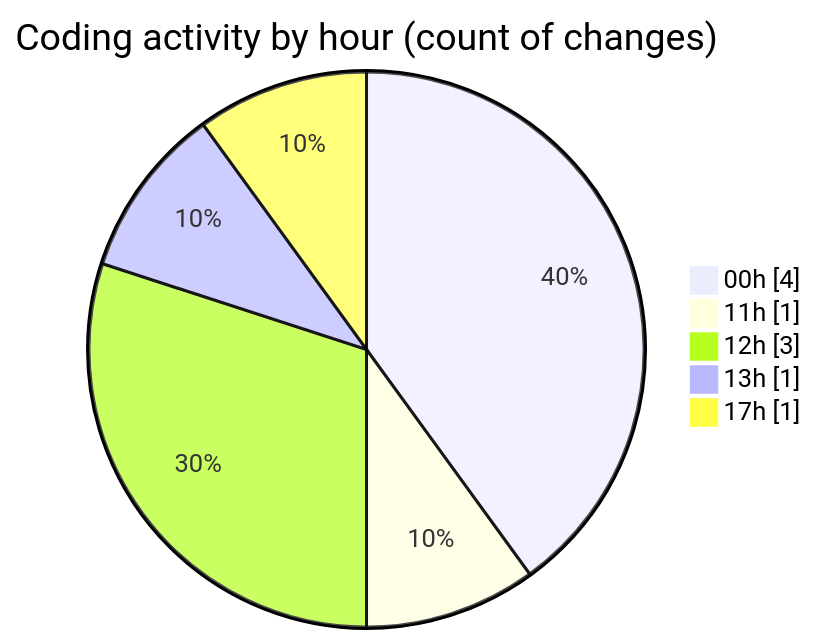
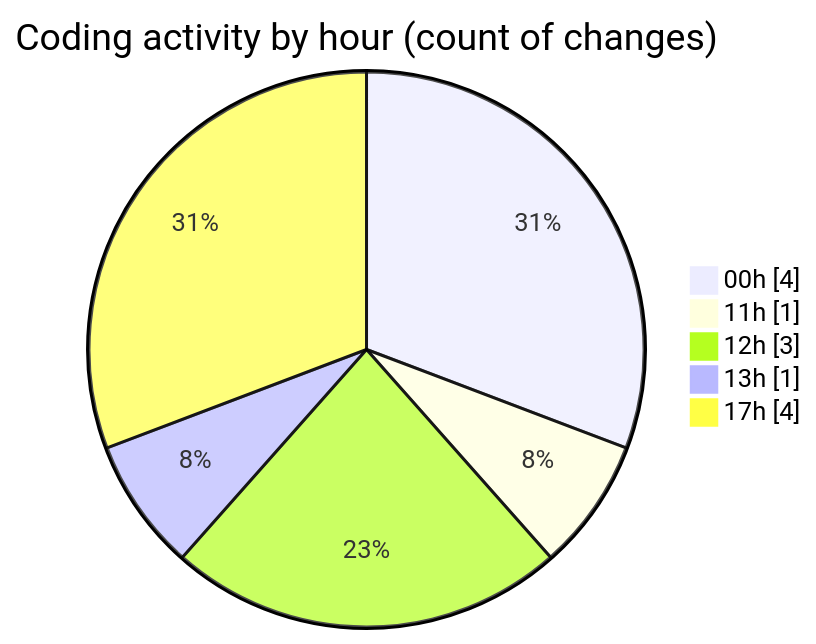
One commit to julien-gomy/code-tracking changed the second of 2 diagrams in 2025-11-19/eventscop-api-guide__workspace_/README.md. Above: the diagram before and after it, drawn with Mermaid. The commit also changed other lines of this file and 1 other file, not shown here.

````diff
--- a/2025-11-19/eventscop-api-guide__workspace_/README.md
+++ b/2025-11-19/eventscop-api-guide__workspace_/README.md
@@ -31,9 +31,9 @@
 ```mermaid
 pie showData
 title Coding activity by hour (count of changes)
 "00h" : 4
 "11h" : 1
 "12h" : 3
 "13h" : 1
-"17h" : 1
+"17h" : 4
 ```
````
